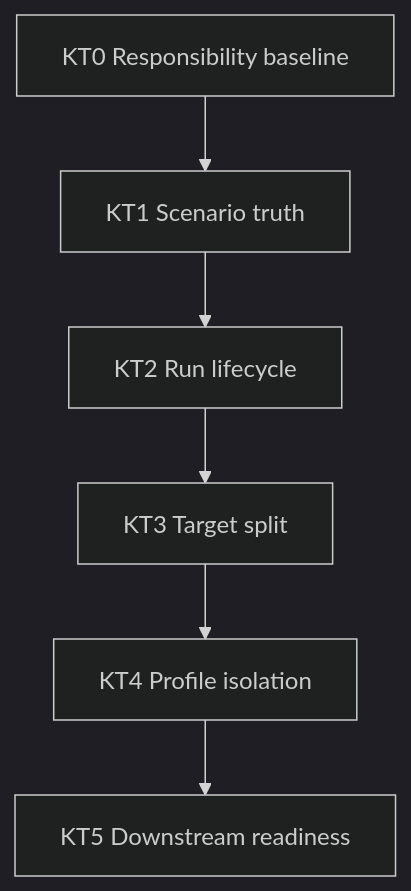
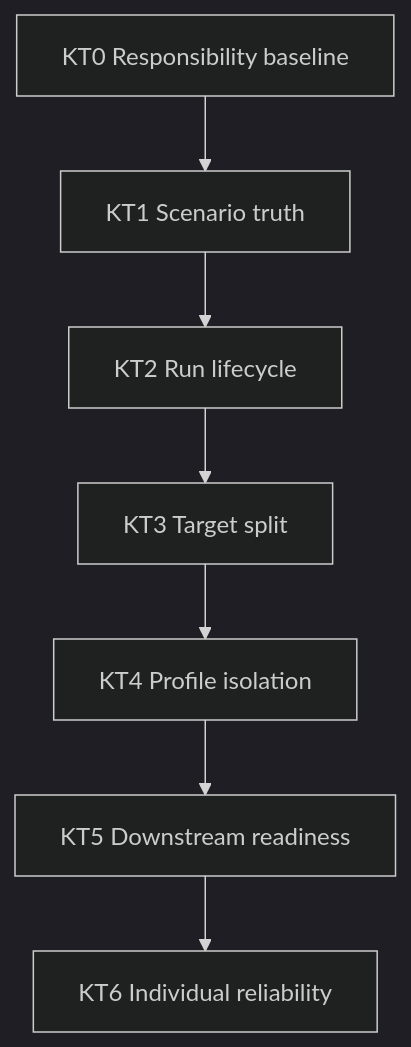
One commit to 1amageek/kuyu-training changed the second of 4 diagrams in RELIABILITY_MILESTONES.md. Above: the diagram before and after it, drawn with Mermaid (dark theme). The commit also changed other lines of this file and 1 other file, not shown here.

Commit message:
Define individual reliability baseline

````diff
--- a/RELIABILITY_MILESTONES.md
+++ b/RELIABILITY_MILESTONES.md
@@ -59,15 +60,17 @@
 ```mermaid
 flowchart TB
   KT0["KT0 Responsibility baseline"]
   KT1["KT1 Scenario truth"]
   KT2["KT2 Run lifecycle"]
   KT3["KT3 Target split"]
   KT4["KT4 Profile isolation"]
   KT5["KT5 Downstream readiness"]
+  KT6["KT6 Individual reliability"]
 
   KT0 --> KT1
   KT1 --> KT2
   KT2 --> KT3
   KT3 --> KT4
   KT4 --> KT5
+  KT5 --> KT6
 ```
````
